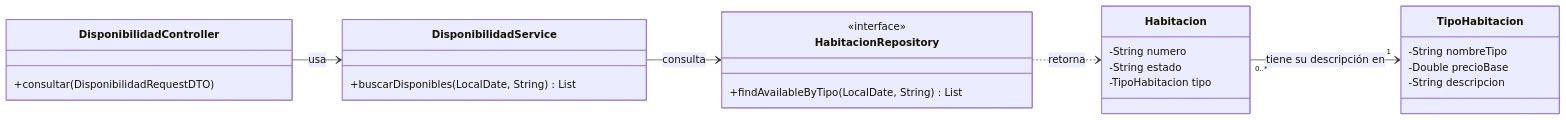
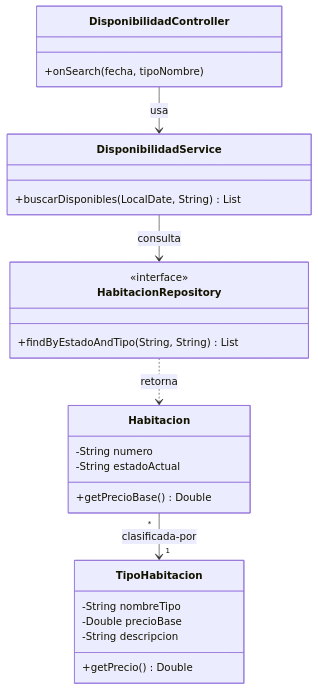
One commit to Tsmrain/GestionSistemas changed the diagram in 03_Diseño/CU-01-Consultar-Disponibilidad/CU-01_Clases_Interfaz.mmd. Above: the diagram before and after it, drawn with Mermaid. The commit also changed 4 other files, not shown here.

Commit message:
Actualizacion de diagramas

```diff
--- a/03_Diseño/CU-01-Consultar-Disponibilidad/CU-01_Clases_Interfaz.mmd
+++ b/03_Diseño/CU-01-Consultar-Disponibilidad/CU-01_Clases_Interfaz.mmd
@@ -1,32 +1,33 @@
 classDiagram
-    direction LR
-
+    direction TB
+    
     class DisponibilidadController {
-        +consultar(DisponibilidadRequestDTO)
+        +onSearch(fecha, tipoNombre)
     }
 
     class DisponibilidadService {
         +buscarDisponibles(LocalDate, String) List
     }
 
     class HabitacionRepository {
         <<interface>>
-        +findAvailableByTipo(LocalDate, String) List
+        +findByEstadoAndTipo(String, String) List
     }
 
     class Habitacion {
         -String numero
-        -String estado
-        -TipoHabitacion tipo
+        -String estadoActual
+        +getPrecioBase() Double
     }
 
     class TipoHabitacion {
         -String nombreTipo
         -Double precioBase
         -String descripcion
+        +getPrecio() Double
     }
 
     DisponibilidadController --> DisponibilidadService : usa
     DisponibilidadService --> HabitacionRepository : consulta
     HabitacionRepository ..> Habitacion : retorna
-    Habitacion "0..*" --> "1" TipoHabitacion : tiene su descripción en
+    Habitacion "*" --> "1" TipoHabitacion : clasificada-por
```
